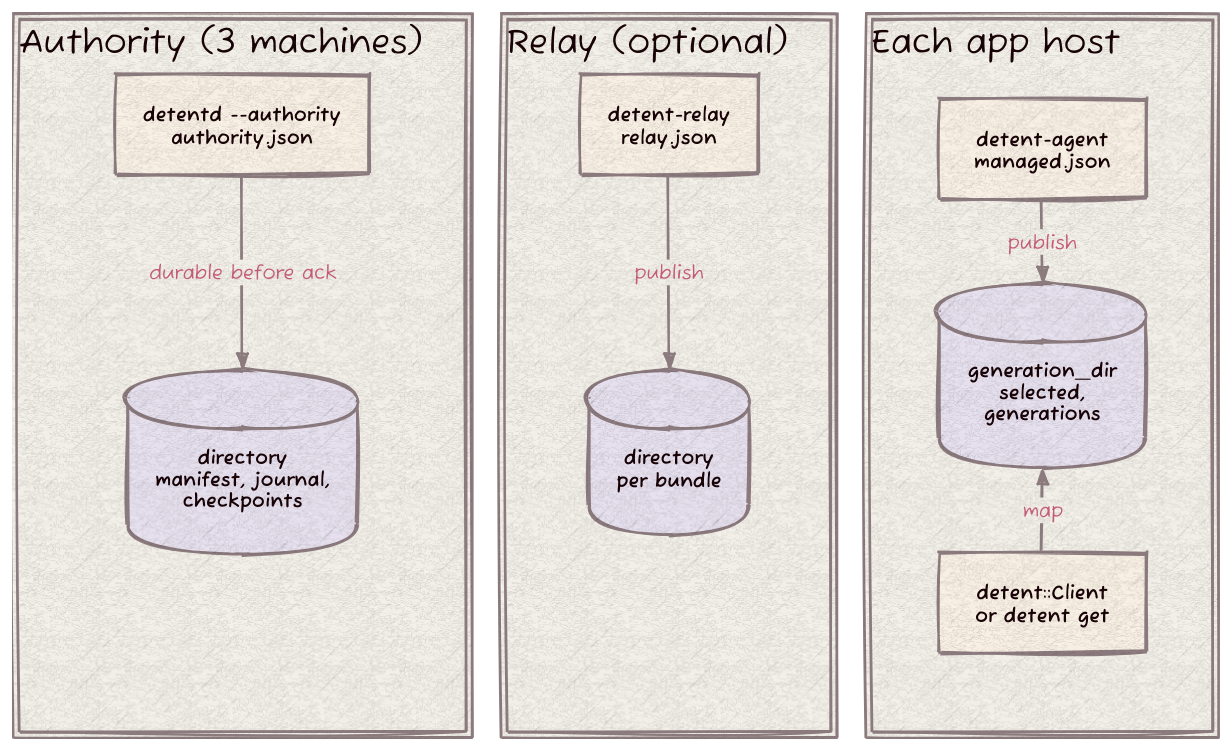
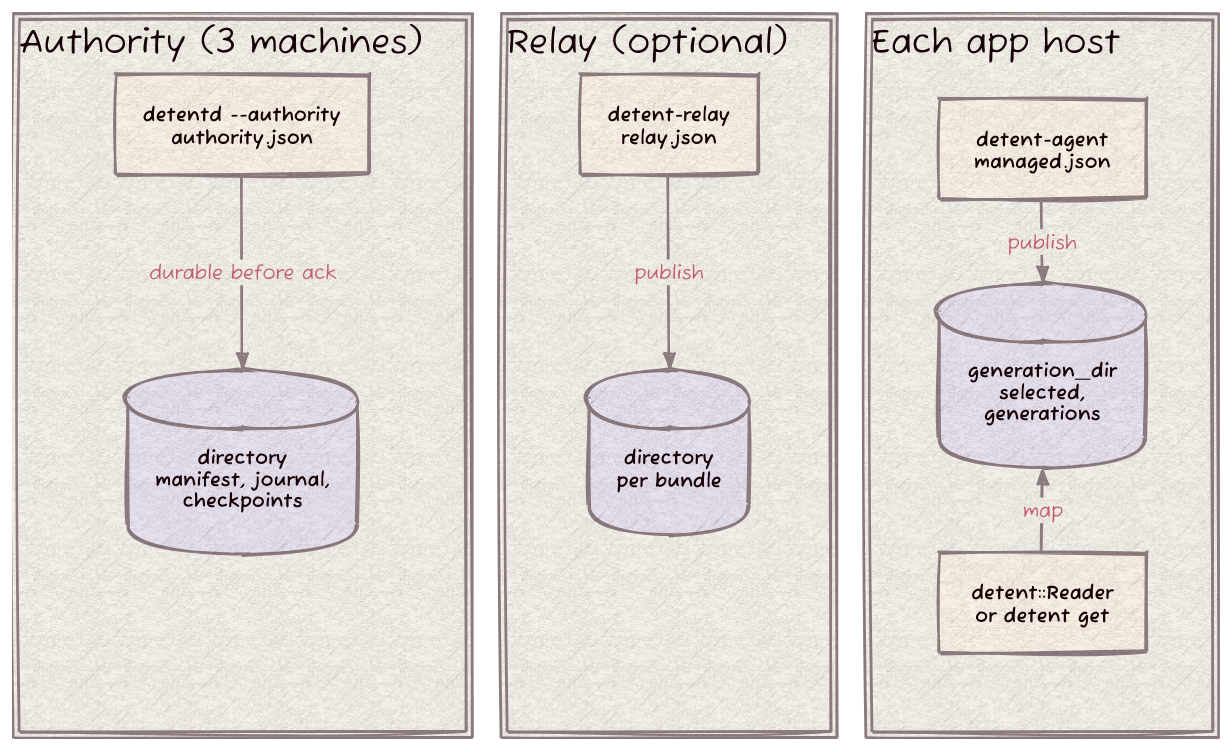
The diagram in docs/diagrams/actors-where.d2 (Kronuz/Detent), drawn with D2 before and after one commit. The commit also changed 94 other files, not shown here.

```diff
--- a/docs/diagrams/actors-where.d2
+++ b/docs/diagrams/actors-where.d2
@@ -1,34 +1,34 @@
 vars: { d2-config: { layout-engine: elk; theme-id: 302; sketch: true; pad: 24; theme-overrides: { B1: "#8C7B7E"; B2: "#C25B73"; N2: "#C25B73" } } }
 style.fill: transparent
 grid-columns: 3
 horizontal-gap: 24
 
 voter: "Authority (3 machines)" {
   label.near: top-left
   style.fill: "#F4F1EA"
   direction: down
   proc: "detentd --authority\nauthority.json"
   disk: "directory\nmanifest, journal,\ncheckpoints" {shape: cylinder; style.fill: "#E8E2F0"}
   proc -> disk: "durable before ack"
 }
 
 relay: "Relay (optional)" {
   label.near: top-left
   style.fill: "#F4F1EA"
   direction: down
   proc: "detent-relay\nrelay.json"
   disk: "directory\nper bundle" {shape: cylinder; style.fill: "#E8E2F0"}
   proc -> disk: "publish"
 }
 
 host: "Each app host" {
   label.near: top-left
   style.fill: "#F4F1EA"
   grid-columns: 1
   vertical-gap: 70
   agent: "detent-agent\nmanaged.json"
   disk: "generation_dir\nselected,\ngenerations" {shape: cylinder; style.fill: "#E8E2F0"}
-  app: "detent::Client\nor detent get"
+  app: "detent::Reader\nor detent get"
   agent -> disk: "publish"
   app -> disk: "map"
 }
```
